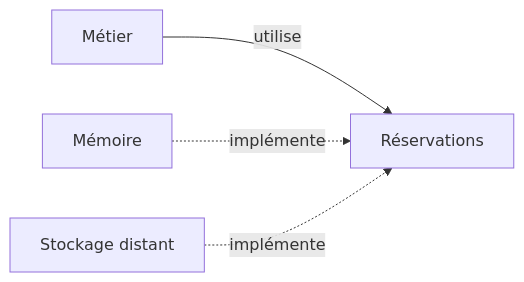
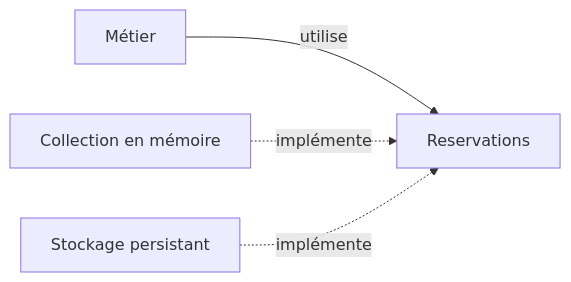
The diagram in src/cours/poo-patterns-frameworks/07-repository.md (theopaolo/dev-carnet), drawn with Mermaid before and after one commit. The commit also changed other lines of this file and 13 other files, not shown here.

````diff
--- a/src/cours/poo-patterns-frameworks/07-repository.md
+++ b/src/cours/poo-patterns-frameworks/07-repository.md
@@ -12,8 +18,8 @@
 ```mermaid
 flowchart LR
-  accTitle: Le métier dépend d'un contrat de persistance
-  accDescr: Le métier utilise le contrat des réservations. Le stockage mémoire et le stockage distant peuvent fournir ce contrat.
-  Metier[Métier] -->|utilise| Contrat[Réservations]
-  Memoire[Mémoire] -.->|implémente| Contrat
-  Distant[Stockage distant] -.->|implémente| Contrat
+  accTitle: Une collection de réservations avec plusieurs stockages possibles
+  accDescr: Le métier dépend du contrat Reservations. Une implémentation mémoire et une implémentation persistante peuvent respecter ce contrat avec des garanties à préciser.
+  Metier[Métier] -->|utilise| Contrat[Reservations]
+  Memoire[Collection en mémoire] -.->|implémente| Contrat
+  Base[Stockage persistant] -.->|implémente| Contrat
 ```
````
